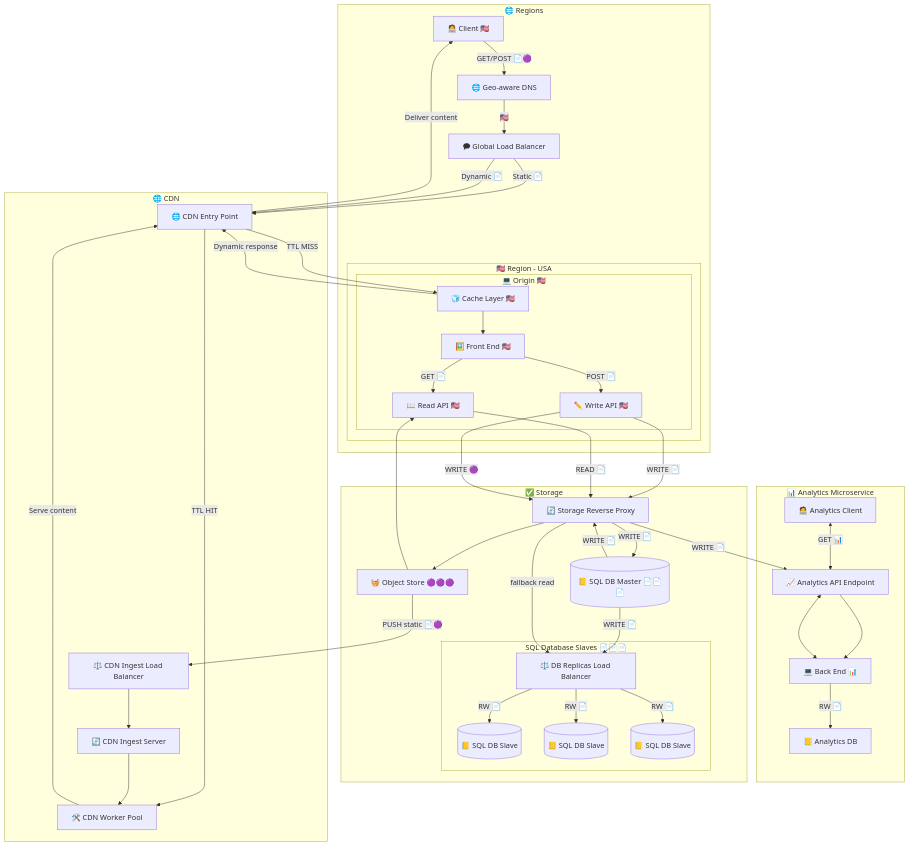
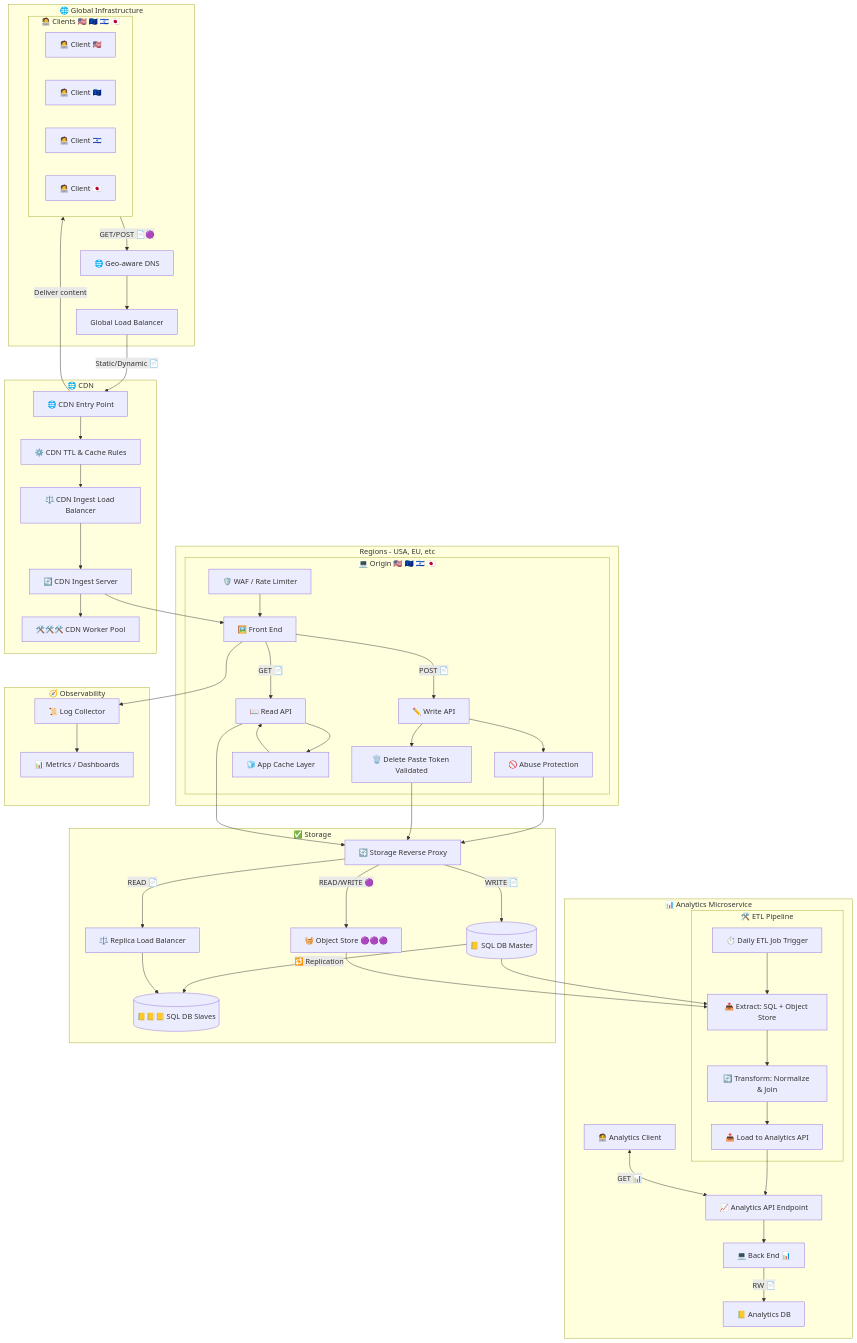
Before and after one commit to clockworkpc/simsite: the diagram in complete_pastebin.md, drawn with Mermaid. The commit also changed other lines of this file and 79 other files, not shown here.

````diff
--- a/complete_pastebin.md
+++ b/complete_pastebin.md
@@ -1,105 +2,115 @@
 ```mermaid
 graph TD
+	%% Subgraph: Global Nodes
+	subgraph global [🌐 Global Infrastructure]
+        subgraph region_client[🧑‍💻 Clients 🇺🇸 🇪🇺 🇮🇱 🇯🇵]
+            us_client[🧑‍💻 Client 🇺🇸]
+            eu_client[🧑‍💻 Client 🇪🇺]
+            il_client[🧑‍💻 Client 🇮🇱]
+            jp_client[🧑‍💻 Client 🇯🇵]
+        end
+        geodns[🌐 Geo-aware DNS]
+        globallb[Global Load Balancer]
+	end
 
-  %% Subgraph: Regions
-  subgraph regions [🌐 Regions]
-    clientus[🧑‍💻 Client 🇺🇸]
-    geodns[🌐 Geo-aware DNS]
-    globallb[🗭 Global Load Balancer]
+    %% Regional Application Stack
+    subgraph region_region[Regions - USA, EU, etc]
+        subgraph region_origin[💻 Origin 🇺🇸 🇪🇺 🇮🇱 🇯🇵]
+            waf[🛡️ WAF / Rate Limiter]
+            abuseguard[🚫 Abuse Protection]
+            region_cache[🧊 App Cache Layer]
+            region_frontend[🖼️ Front End]
+            region_read_api[📖 Read API]
+            region_write_api[✏️ Write API]
+            pastedelete[🗑️ Delete Paste Token Validated]
+        end
+    end
 
-    subgraph us_region[🇺🇸 Region - USA]
-      subgraph us_origin[💻 Origin 🇺🇸]
-        us_cache[🧊 Cache Layer 🇺🇸]
-        us_frontend[🖼️ Front End 🇺🇸]
-        us_read_api[📖 Read API 🇺🇸]
-        us_write_api[✏️ Write API 🇺🇸]
-      end
-    end
-  end
+	%% Analytics Microservice
+	subgraph analyticsmicroservice[📊 Analytics Microservice]
+		analyticsclient[🧑‍💻 Analytics Client]
+		analyticsapiendpoint[📈 Analytics API Endpoint]
+		analyticsapiserver[💻 Back End 📊]
+		analyticsdb[📒 Analytics DB]
 
-  %% Subgraph: Analytics Microservice
-  subgraph analyticsmicroservice[📊 Analytics Microservice]
-    analyticsclient[🧑‍💻 Analytics Client]
-    analyticsapiendpoint[📈 Analytics API Endpoint]
-    analyticsapiserver[💻 Back End 📊]
-    analyticsdb[📒 Analytics DB]
-  end
+        subgraph etl[🛠️ ETL Pipeline]
+            etlextract[📤 Extract: SQL + Object Store]
+            etltransform[🔄 Transform: Normalize & Join]
+            etlload[📥 Load to Analytics API]
+            etljob[⏱️ Daily ETL Job Trigger]
+        end
 
-  %% Subgraph: SQL + Object Storage
-  subgraph sqldb[✅ Storage]
-    storagereverseproxy[🔄 Storage Reverse Proxy]
-    objectstore[🧺 Object Store 🟣🟣🟣]
-    sqlmaster[(📒 SQL DB Master 📄📄📄)]
-    subgraph sqlslaves[SQL Database Slaves 📄📄📄]
-      dbloadbalancer[⚖️ DB Replicas Load Balancer]
-      sqlslave1[(📒 SQL DB Slave)]
-      sqlslave2[(📒 SQL DB Slave)]
-      sqlslave3[(📒 SQL DB Slave)]
-    end
-  end
+	end
 
-  %% Subgraph: CDN Layer
-  subgraph cdn [🌐 CDN]
-    cdnentrypoint[🌐 CDN Entry Point]
-    cdnloadbalancer[⚖️ CDN Ingest Load Balancer]
-    cdnserver[🔄 CDN Ingest Server]
-    cdnworkerpool[🛠️ CDN Worker Pool]
-  end
+    sqlmaster --> etlextract
+    objectstore --> etlextract
+    etljob --> etlextract --> etltransform --> etlload --> analyticsapiendpoint
 
-  %% ===========================
-  %% ======= Traffic Flow =======
-  %% ===========================
+	%% SQL + Object Storage
+	subgraph sqldb[✅ Storage]
+		storagereverseproxy[🔄 Storage Reverse Proxy]
+		objectstore[🧺 Object Store 🟣🟣🟣]
+		sqlmaster[(📒 SQL DB Master)]
+        sqlslaves[(📒📒📒 SQL DB Slaves)]
+		dbloadbalancer[⚖️ Replica Load Balancer]
+	end
 
-  %% Entry Path
-  clientus -->|GET/POST 📄🟣| geodns
-  geodns -->|🇺🇸| globallb
+	%% CDN Layer
+	subgraph cdn [🌐 CDN]
+		cdnentrypoint[🌐 CDN Entry Point]
+		cdnloadbalancer[⚖️ CDN Ingest Load Balancer]
+		cdnserver[🔄 CDN Ingest Server]
+		cdnworkerpool[🛠️🛠️🛠️ CDN Worker Pool]
+        cdnconfig[⚙️ CDN TTL & Cache Rules]
+	end
 
-  %% Static content routes to CDN entry point
-  globallb -->|Static 📄| cdnentrypoint
+	%% Monitoring
+	subgraph observability[🧭 Observability]
+        logcollector[📜 Log Collector]
+        monitorbackend[📊 Metrics / Dashboards]
+	end
 
-  %% Dynamic content or cache miss also goes to CDN entry point
-  globallb -->|Dynamic 📄| cdnentrypoint
+	%% Traffic Flow
+	region_client -->|GET/POST 📄🟣| geodns
+	geodns --> globallb
+    globallb -->|Static/Dynamic 📄| cdnentrypoint
+    
+    cdnentrypoint --> cdnconfig --> cdnloadbalancer --> cdnserver --> cdnworkerpool
 
-  %% CDN Entry Point logic
-  cdnentrypoint -->|TTL HIT| cdnworkerpool
-  cdnentrypoint -->|TTL MISS| us_cache
+    cdnentrypoint -->|Deliver content| region_client
 
-  %% Response Path (always flows back via CDN entry)
-  cdnworkerpool -->|Serve content| cdnentrypoint
-  us_cache -->|Dynamic response| cdnentrypoint
-  cdnentrypoint -->|Deliver content| clientus
+	%% CDN fetches from origin on cache miss
+	cdnserver --> region_frontend
 
-  %% CDN Ingest Path (Origin → CDN)
-  objectstore -->|PUSH static 📄🟣| cdnloadbalancer
-  cdnloadbalancer --> cdnserver
-  cdnserver --> cdnworkerpool
+	%% Origin App Logic
+	region_frontend -->|GET 📄| region_read_api
+	region_frontend -->|POST 📄| region_write_api
+	region_read_api --> region_cache
+	region_cache --> region_read_api
 
-  %% Origin App Logic
-  us_cache --> us_frontend
-  us_frontend -->|GET 📄| us_read_api
-  us_frontend -->|POST 📄| us_write_api
+	waf --> region_frontend
+	region_write_api --> abuseguard
+	abuseguard --> storagereverseproxy
 
-  us_write_api -->|WRITE 📄| storagereverseproxy
-  us_read_api -->|READ 📄| storagereverseproxy
-  storagereverseproxy -->|WRITE 📄| sqlmaster
-  us_write_api -->|WRITE 🟣| storagereverseproxy
-  storagereverseproxy --> objectstore
-  objectstore --> us_read_api
+	region_write_api --> pastedelete
+	pastedelete --> storagereverseproxy
 
-  %% DB Replication
-  sqlmaster -->|WRITE 📄| dbloadbalancer
-  dbloadbalancer -->|RW 📄| sqlslave1
-  dbloadbalancer -->|RW 📄| sqlslave2
-  dbloadbalancer -->|RW 📄| sqlslave3
+	region_read_api --> storagereverseproxy
+	storagereverseproxy -->|READ/WRITE 🟣| objectstore
+	storagereverseproxy -->|WRITE 📄| sqlmaster
 
-  %% Analytics
-  sqlmaster -->|WRITE 📄| storagereverseproxy
-  storagereverseproxy -->|WRITE 📄| analyticsapiendpoint
-  analyticsapiendpoint --> analyticsapiserver
-  analyticsapiserver -->|RW 📄| analyticsdb
-  analyticsclient <-->|GET 📊| analyticsapiendpoint
-  analyticsapiendpoint <--> analyticsapiserver
+	%% DB Replication
+	sqlmaster -->|🔁 Replication| sqlslaves
 
-  %% Storage Failover
-  storagereverseproxy -->|fallback read| dbloadbalancer
+	%% Storage Failover
+	storagereverseproxy -->|READ 📄| dbloadbalancer --> sqlslaves
+
+	%% Analytics Flow
+	analyticsapiendpoint --> analyticsapiserver
+	analyticsapiserver -->|RW 📄| analyticsdb
+	analyticsclient <-->|GET 📊| analyticsapiendpoint
+
+	%% Logging
+	region_frontend --> logcollector
+	logcollector --> monitorbackend
 ```
````
